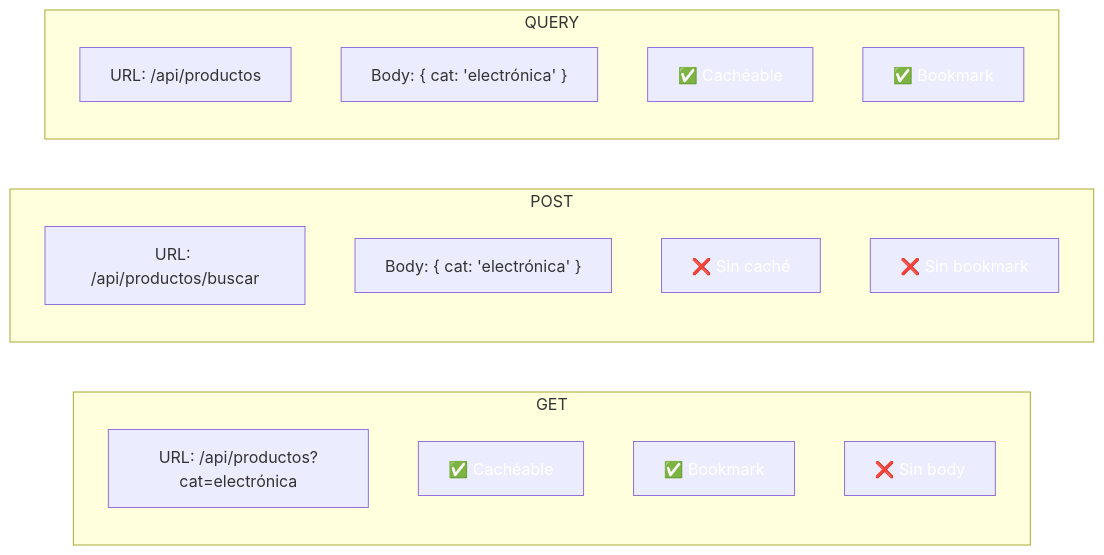
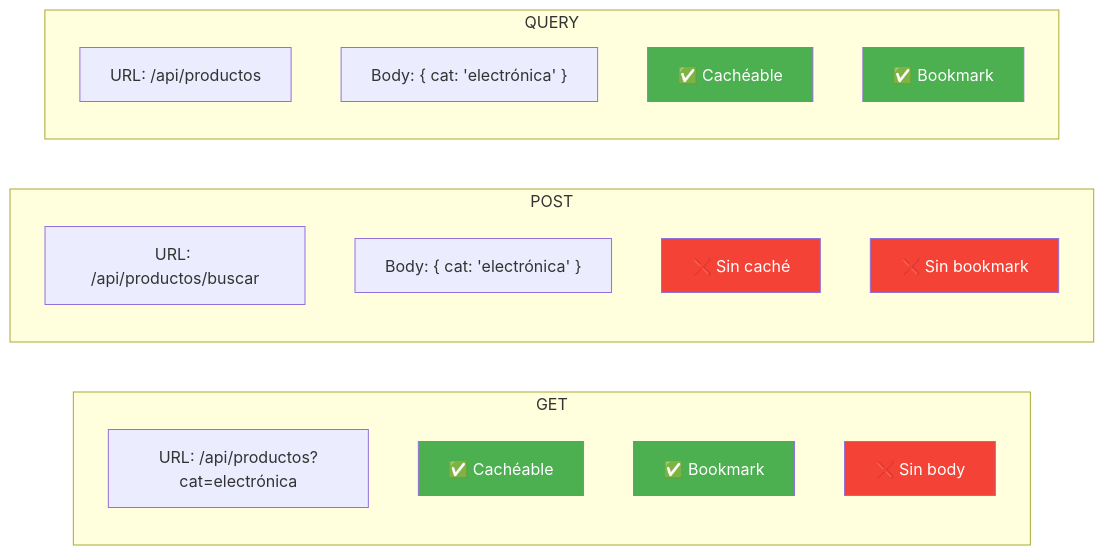
One commit to joseluisgs/DesarrolloWebEntornosServidor-02-2026-2027 changed the eighth of 11 diagrams in 08-dtos-mapeadores-validaciones.md. Above: the diagram before and after it, drawn with Mermaid. The commit also changed other lines of this file and 29 other files, not shown here.

Commit message:
docs: corregir estilos Mermaid y estilo, quitar referencias a la Tienda y reestructurar los retos 13 y 15

````diff
--- a/08-dtos-mapeadores-validaciones.md
+++ b/08-dtos-mapeadores-validaciones.md
@@ -993,31 +993,31 @@
 ```mermaid
 flowchart LR
     subgraph "GET"
         G1["URL: /api/productos?cat=electrónica"]
         G2["✅ Cachéable"]
         G3["✅ Bookmark"]
         G4["❌ Sin body"]
     end
 
     subgraph "POST"
         P1["URL: /api/productos/buscar"]
         P2["Body: { cat: 'electrónica' }"]
         P3["❌ Sin caché"]
         P4["❌ Sin bookmark"]
     end
 
     subgraph "QUERY"
         Q1["URL: /api/productos"]
         Q2["Body: { cat: 'electrónica' }"]
         Q3["✅ Cachéable"]
         Q4["✅ Bookmark"]
     end
 
-    style G2 fill:#4CAF5,color:#fff0,color:#fff
-    style G3 fill:#4CAF5,color:#fff0,color:#fff
-    style G4 fill:#f4433,color:#fff6,color:#fff
-    style P3 fill:#f4433,color:#fff6,color:#fff
-    style P4 fill:#f4433,color:#fff6,color:#fff
-    style Q3 fill:#4CAF5,color:#fff0,color:#fff
-    style Q4 fill:#4CAF5,color:#fff0,color:#fff
+    style G2 fill:#4CAF50,color:#fff
+    style G3 fill:#4CAF50,color:#fff
+    style G4 fill:#f44336,color:#fff
+    style P3 fill:#f44336,color:#fff
+    style P4 fill:#f44336,color:#fff
+    style Q3 fill:#4CAF50,color:#fff
+    style Q4 fill:#4CAF50,color:#fff
 ```
````
